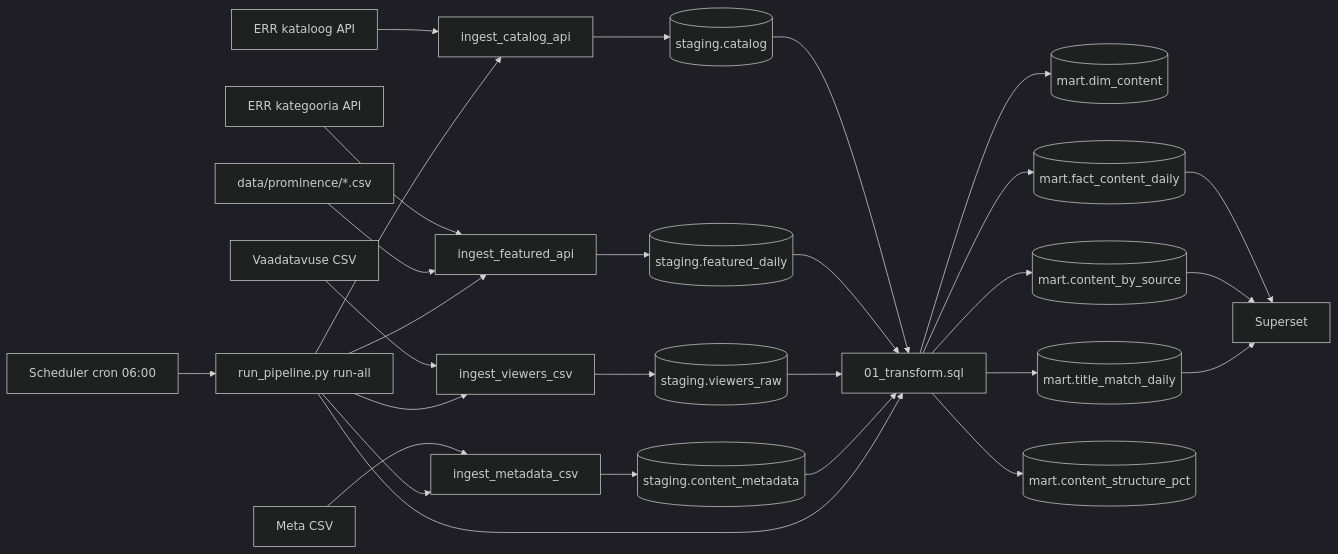
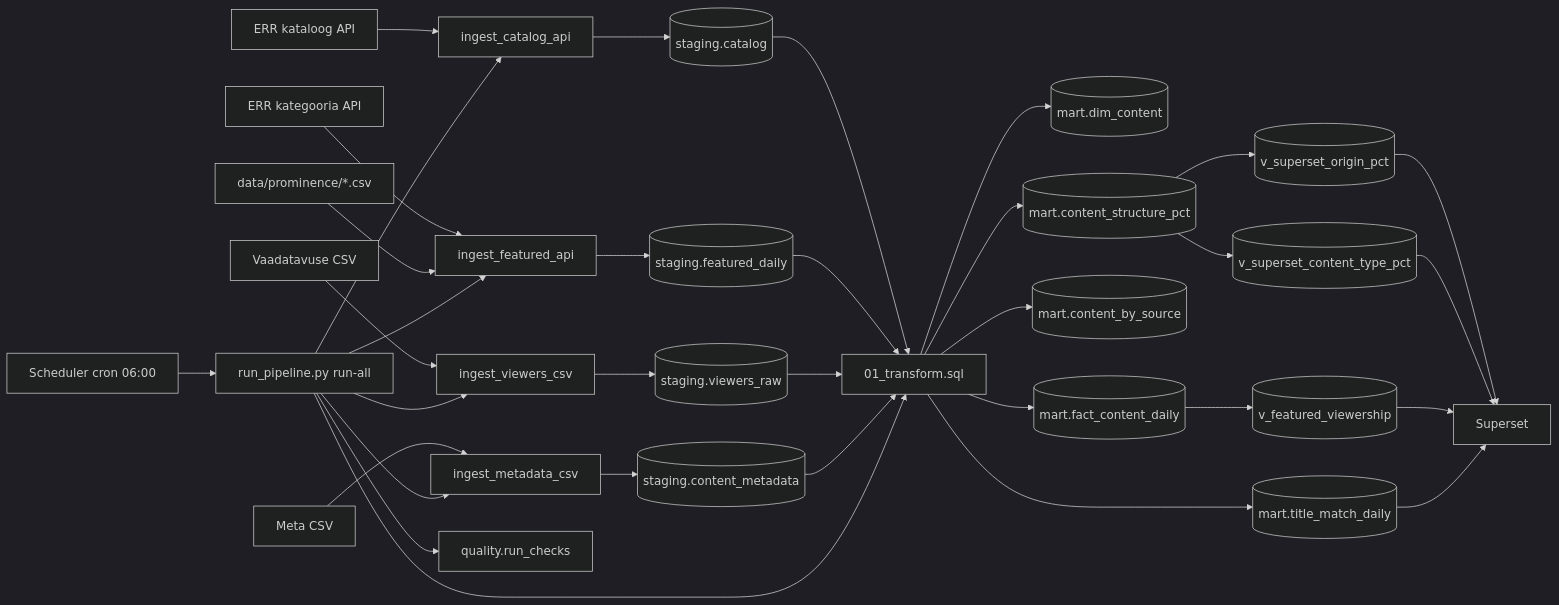
The diagram in docs/arhitektuur.md (margusvaldre/andmeanalyys2026), drawn with Mermaid (dark theme) before and after one commit. The commit also changed other lines of this file and 3 other files, not shown here.

````diff
--- a/docs/arhitektuur.md
+++ b/docs/arhitektuur.md
@@ -92,35 +97,41 @@
 ```mermaid
 flowchart LR
     apiCatalog[ERR kataloog API] --> ingestCatalog[ingest_catalog_api]
     apiFeatured[ERR kategooria API] --> ingestFeatured[ingest_featured_api]
     csvViewers[Vaadatavuse CSV] --> ingestViewers[ingest_viewers_csv]
     csvMeta[Meta CSV] --> ingestMeta[ingest_metadata_csv]
     configProminence[data/prominence/*.csv] --> ingestFeatured
 
     ingestCatalog --> stagingCatalog[(staging.catalog)]
     ingestFeatured --> stagingFeatured[(staging.featured_daily)]
     ingestViewers --> stagingViewers[(staging.viewers_raw)]
     ingestMeta --> stagingMeta[(staging.content_metadata)]
 
     stagingCatalog --> transform[01_transform.sql]
     stagingFeatured --> transform
     stagingViewers --> transform
     stagingMeta --> transform
 
     transform --> dimContent[(mart.dim_content)]
     transform --> factDaily[(mart.fact_content_daily)]
     transform --> bySource[(mart.content_by_source)]
     transform --> matchDaily[(mart.title_match_daily)]
     transform --> structurePct[(mart.content_structure_pct)]
 
-    factDaily --> dashboard[Superset]
-    bySource --> dashboard
-    matchDaily --> dashboard
+    structurePct --> vOrigin[(v_superset_origin_pct)]
+    structurePct --> vType[(v_superset_content_type_pct)]
+    factDaily --> vFeatured[(v_featured_viewership)]
+
+    vOrigin --> superset[Superset]
+    vType --> superset
+    vFeatured --> superset
+    matchDaily --> superset
 
     scheduler[Scheduler cron 06:00] --> runAll[run_pipeline.py run-all]
     runAll --> ingestCatalog
     runAll --> ingestViewers
     runAll --> ingestFeatured
     runAll --> ingestMeta
     runAll --> transform
+    runAll --> quality[quality.run_checks]
 ```
````
